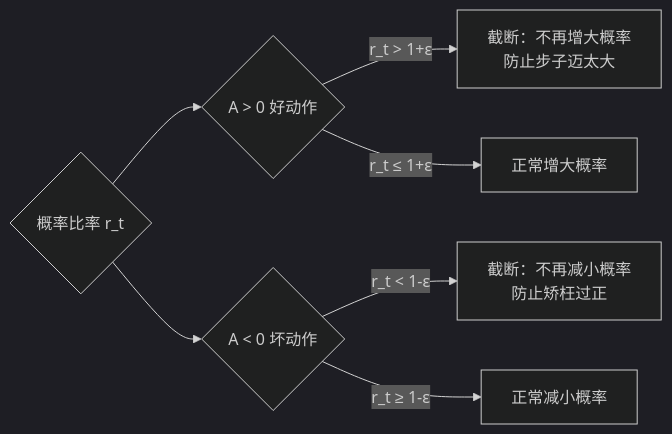
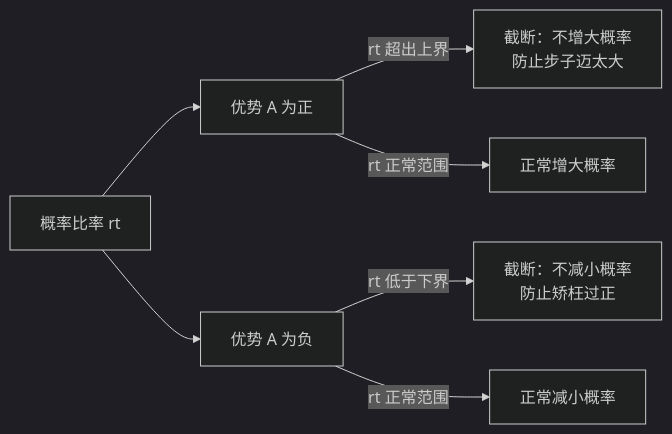
Before and after one commit to TingdeLiu/tingdeliu.github.io: the fourth of 12 diagrams in _posts/2026-04-25-Reinforcement-Learning-Embodied-Survey.md, drawn with Mermaid (dark theme). The commit also changed other lines of this file, not shown here.

Commit message:
Refine diagrams and terminology in Reinforcement Learning Embodied Survey for clarity and consistency

````diff
--- a/_posts/2026-04-25-Reinforcement-Learning-Embodied-Survey.md
+++ b/_posts/2026-04-25-Reinforcement-Learning-Embodied-Survey.md
@@ -270,9 +269,9 @@
 ```mermaid
 graph LR
-    A{概率比率 r_t} --> B{A > 0 好动作}
-    A --> C{A < 0 坏动作}
-    B -- "r_t > 1+ε" --> D["截断：不再增大概率<br/>防止步子迈太大"]
-    B -- "r_t ≤ 1+ε" --> E["正常增大概率"]
-    C -- "r_t < 1-ε" --> F["截断：不再减小概率<br/>防止矫枉过正"]
-    C -- "r_t ≥ 1-ε" --> G["正常减小概率"]
+    A["概率比率 rt"] --> B["优势 A 为正"]
+    A --> C["优势 A 为负"]
+    B -- "rt 超出上界" --> D["截断：不增大概率<br/>防止步子迈太大"]
+    B -- "rt 正常范围" --> E["正常增大概率"]
+    C -- "rt 低于下界" --> F["截断：不减小概率<br/>防止矫枉过正"]
+    C -- "rt 正常范围" --> G["正常减小概率"]
 ```
````
